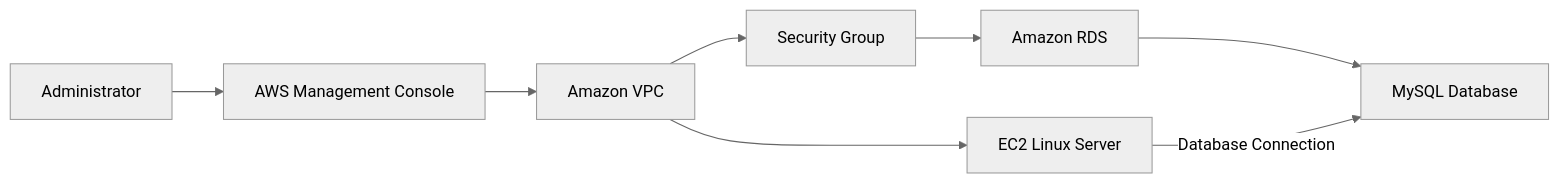
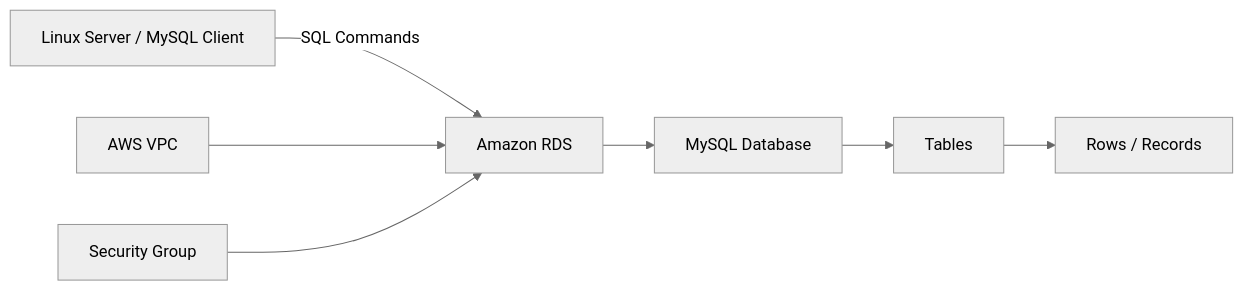
One commit to George-Nyankson/aws-cloud-practitioner-portfolio changed the diagram in 04-rds-database/README.md. Above: the diagram before and after it, drawn with Mermaid (neutral theme). The commit also changed other lines of this file, not shown here.

````diff
--- a/04-rds-database/README.md
+++ b/04-rds-database/README.md
@@ -45,10 +46,10 @@
 ```mermaid
 flowchart LR
-    A[Administrator] --> B[AWS Management Console]
-    B --> C[Amazon VPC]
-    C --> D[EC2 Linux Server]
-    C --> E[Security Group]
-    E --> F[Amazon RDS]
-    F --> G[MySQL Database]
-    D -->|Database Connection| G
+    A[Linux Server / MySQL Client] -->|SQL Commands| B[Amazon RDS]
+    B --> C[MySQL Database]
+    C --> D[Tables]
+    D --> E[Rows / Records]
+    
+    F[AWS VPC] --> B
+    G[Security Group] --> B
 ```
````
